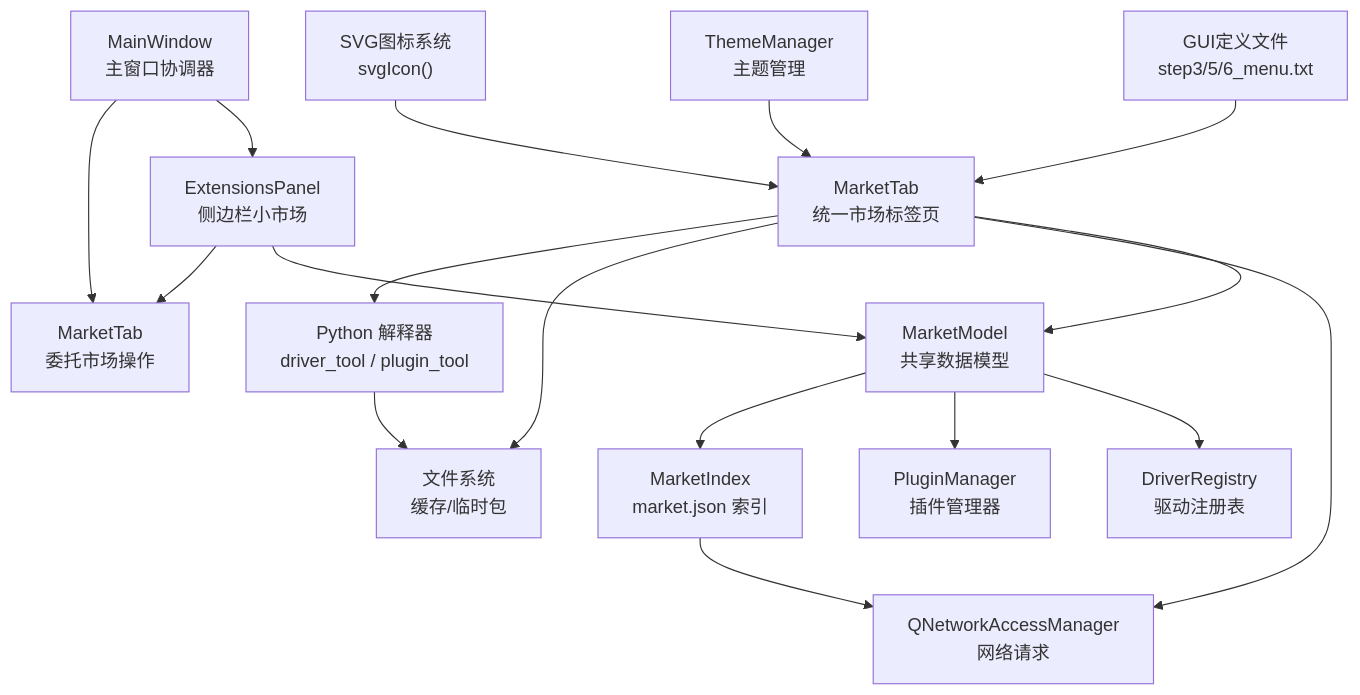
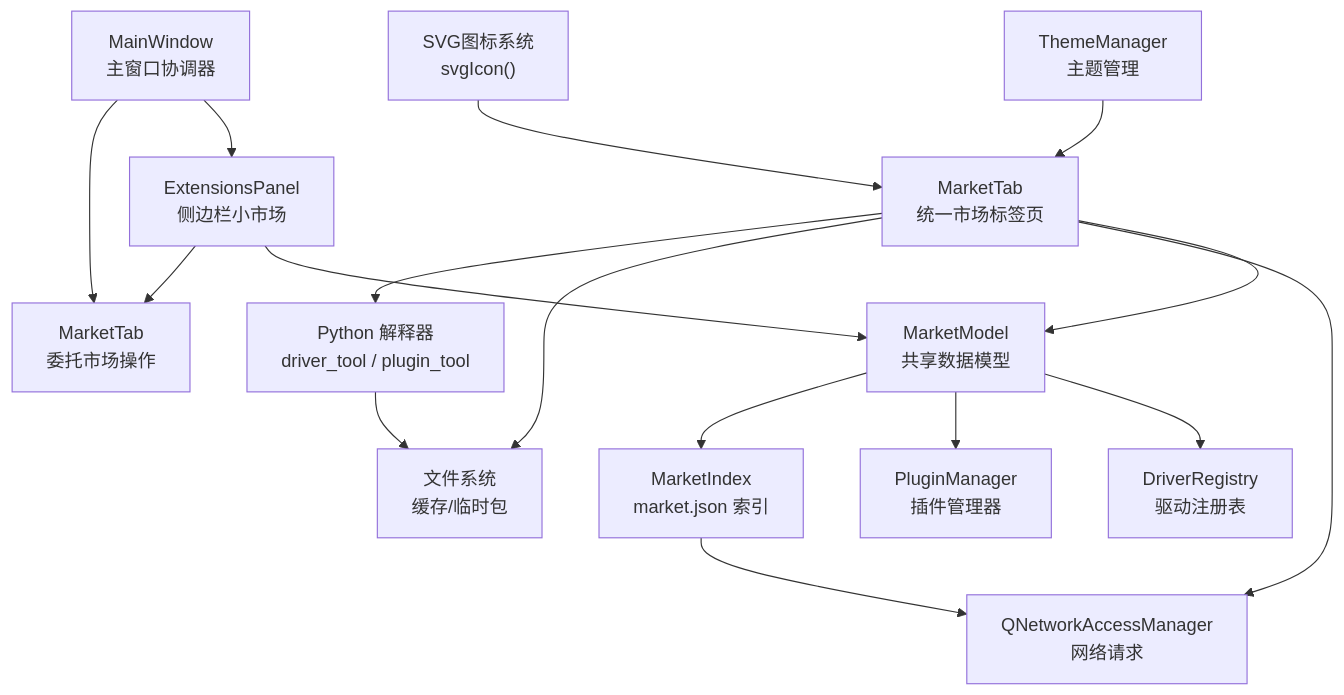
The first of 3 diagrams in .qoder/repowiki/zh/content/架构设计/UI系统设计/统一市场标签页系统.md (jakecai1225-design/OpenBus), drawn with Mermaid before and after one commit. The commit also changed other lines of this file and 64 other files, not shown here.

````diff
--- a/.qoder/repowiki/zh/content/架构设计/UI系统设计/统一市场标签页系统.md
+++ b/.qoder/repowiki/zh/content/架构设计/UI系统设计/统一市场标签页系统.md
@@ -66,19 +54,18 @@
 ```mermaid
 graph TB
 UI["MarketTab<br/>统一市场标签页"] --> MM["MarketModel<br/>共享数据模型"]
 MM --> DR["DriverRegistry<br/>驱动注册表"]
 MM --> PM["PluginManager<br/>插件管理器"]
 MM --> MI["MarketIndex<br/>market.json 索引"]
 UI --> NET["QNetworkAccessManager<br/>网络请求"]
 UI --> FS["文件系统<br/>缓存/临时包"]
 MI --> NET
 UI --> PY["Python 解释器<br/>driver_tool / plugin_tool"]
 PY --> FS
 EP["ExtensionsPanel<br/>侧边栏小市场"] --> MM
 EP --> MT["MarketTab<br/>委托市场操作"]
-GP["GUI定义文件<br/>step3/5/6_menu.txt"] --> UI
 TM["ThemeManager<br/>主题管理"] --> UI
 SVG["SVG图标系统<br/>svgIcon()"] --> UI
 MW["MainWindow<br/>主窗口协调器"] --> EP
 MW --> MT
 ```
````
